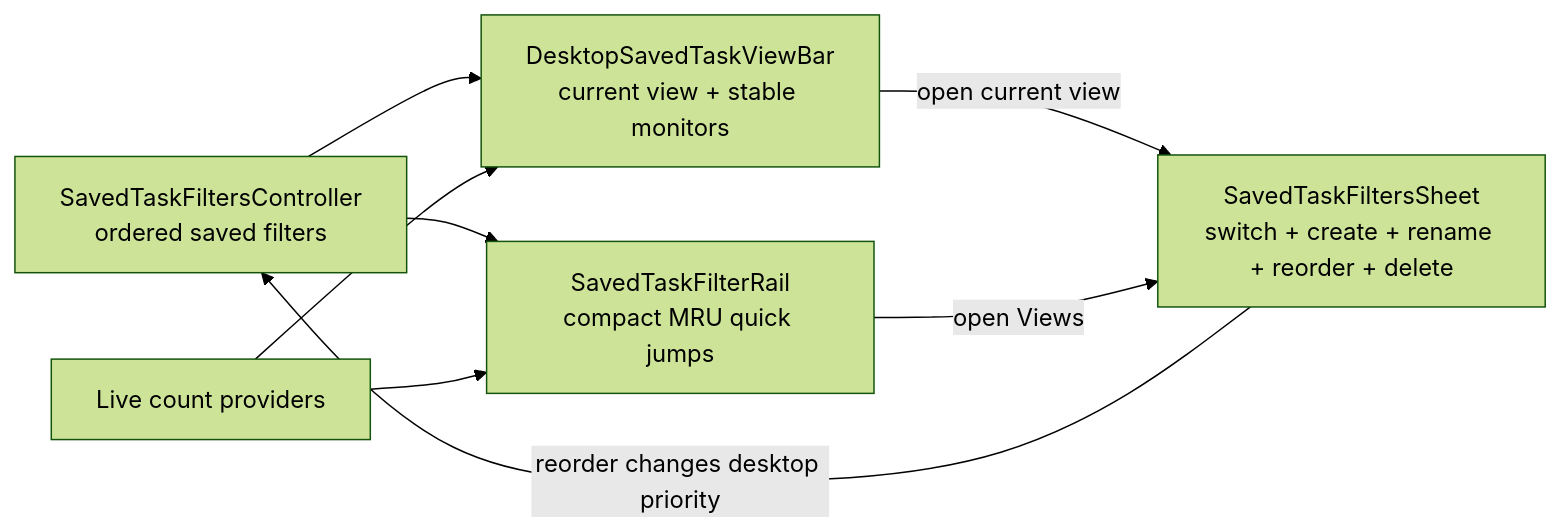
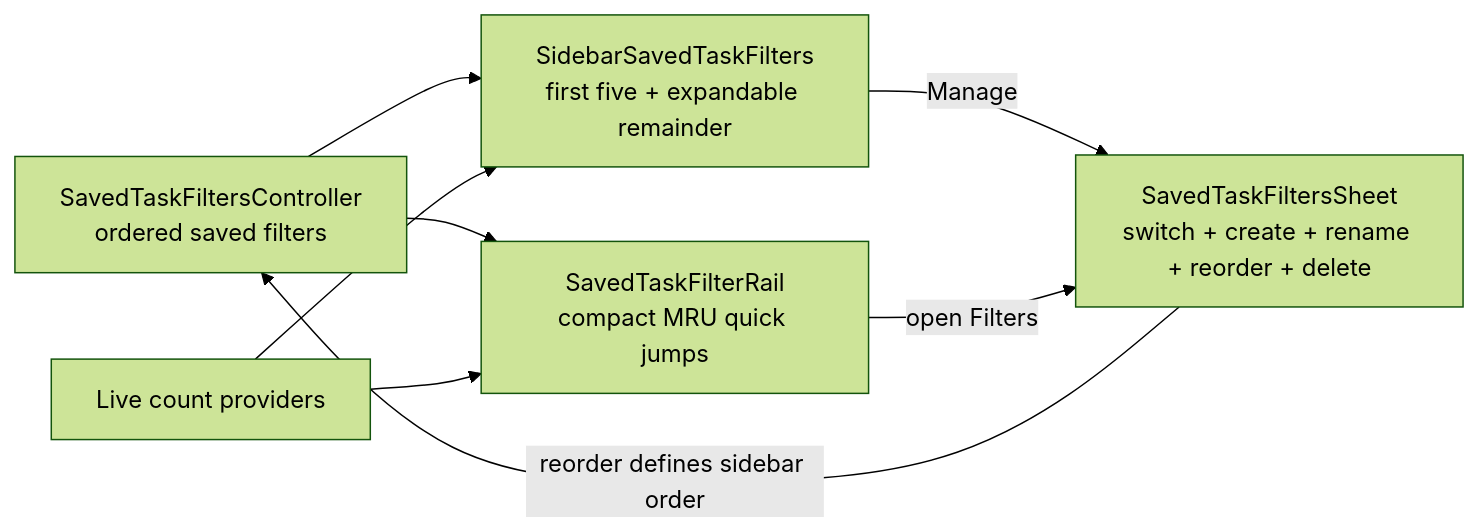
Before and after one commit to matthiasn/lotti: diagram 16 of 17 in lib/features/tasks/README.md, drawn with Mermaid (forest theme). The commit also changed other lines of this file and 49 other files, not shown here.

Commit message:
feat: make sidebar task filters intentional

````diff
--- a/lib/features/tasks/README.md
+++ b/lib/features/tasks/README.md
@@ -757,16 +766,16 @@
 ```mermaid
 flowchart LR
   State[SavedTaskFiltersController<br/>ordered saved filters]
   Counts[Live count providers]
-  Desktop[DesktopSavedTaskViewBar<br/>current view + stable monitors]
+  Desktop[SidebarSavedTaskFilters<br/>first five + expandable remainder]
   Mobile[SavedTaskFilterRail<br/>compact MRU quick jumps]
   Sheet[SavedTaskFiltersSheet<br/>switch + create + rename + reorder + delete]
 
   State --> Desktop
   Counts --> Desktop
   State --> Mobile
   Counts --> Mobile
-  Desktop -->|open current view| Sheet
-  Mobile -->|open Views| Sheet
-  Sheet -->|reorder changes desktop priority| State
+  Desktop -->|Manage| Sheet
+  Mobile -->|open Filters| Sheet
+  Sheet -->|reorder defines sidebar order| State
 ```
````
